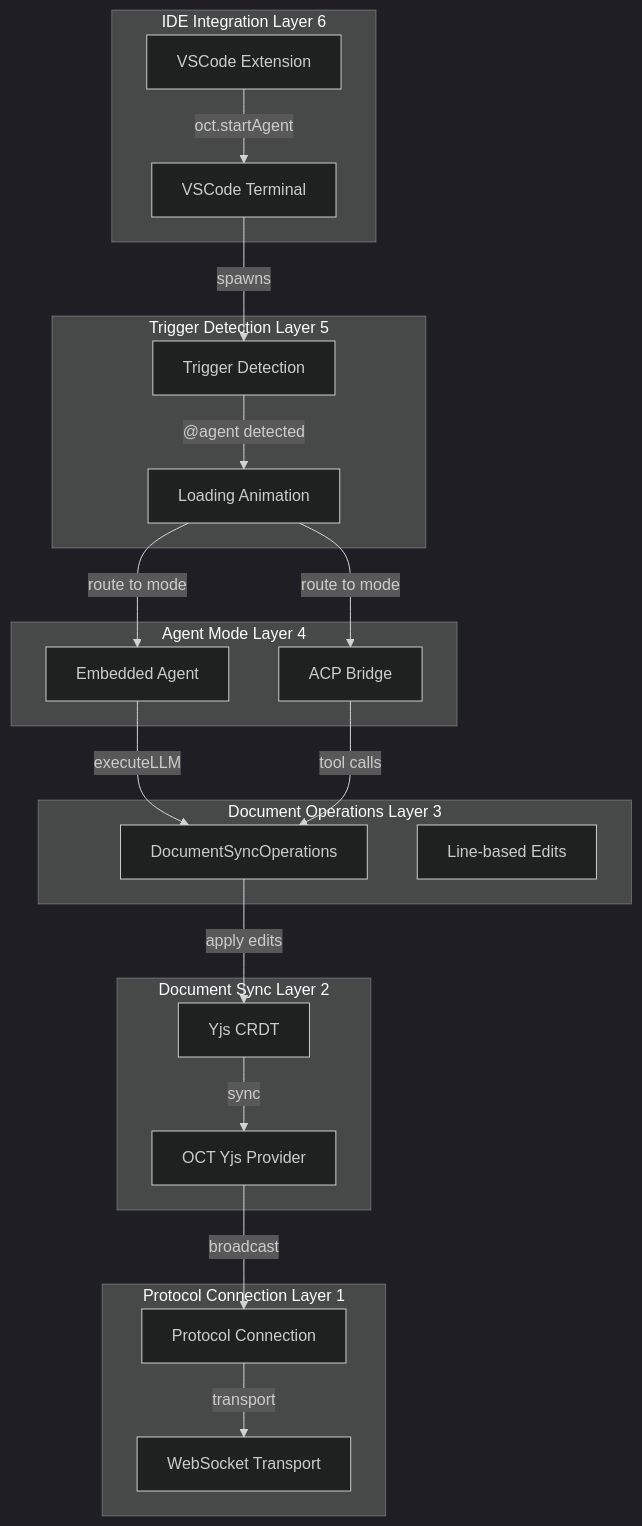
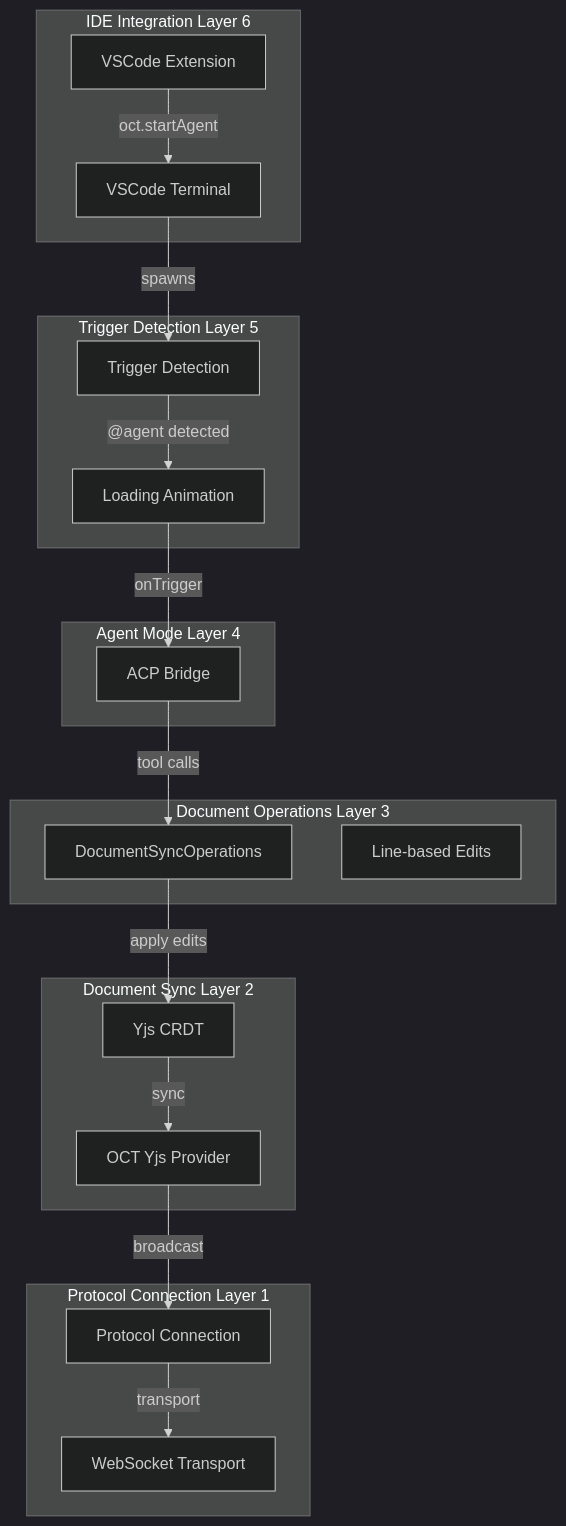
One commit to eclipse-oct/open-collaboration-tools changed the first of 2 diagrams in packages/open-collaboration-agent/ARCHITECTURE.md. Above: the diagram before and after it, drawn with Mermaid (dark theme). The commit also changed other lines of this file and 16 other files, not shown here.

First line of the commit message:
refactor(agent): remove embedded mode, use ACP only

````diff
--- a/packages/open-collaboration-agent/ARCHITECTURE.md
+++ b/packages/open-collaboration-agent/ARCHITECTURE.md
@@ -15,44 +12,41 @@
 ```mermaid
 flowchart TB
     subgraph ide [IDE Integration Layer 6]
         VSCode[VSCode Extension]
         Terminal[VSCode Terminal]
     end
 
     subgraph trigger [Trigger Detection Layer 5]
         TriggerDetect[Trigger Detection]
         Animation[Loading Animation]
     end
 
     subgraph mode [Agent Mode Layer 4]
-        Embedded[Embedded Agent]
         ACP[ACP Bridge]
     end
 
     subgraph ops [Document Operations Layer 3]
         DocOps[DocumentSyncOperations]
         LineEdit[Line-based Edits]
     end
 
     subgraph sync [Document Sync Layer 2]
         Yjs[Yjs CRDT]
         Provider[OCT Yjs Provider]
     end
 
     subgraph protocol [Protocol Connection Layer 1]
         Connection[Protocol Connection]
         WebSocket[WebSocket Transport]
     end
 
     VSCode -->|oct.startAgent| Terminal
     Terminal -->|spawns| TriggerDetect
     TriggerDetect -->|"@agent detected"| Animation
-    Animation -->|route to mode| Embedded
-    Animation -->|route to mode| ACP
-    Embedded -->|executeLLM| DocOps
+    Animation -->|onTrigger| ACP
     ACP -->|tool calls| DocOps
     DocOps -->|apply edits| Yjs
     Yjs -->|sync| Provider
     Provider -->|broadcast| Connection
     Connection -->|transport| WebSocket
 ```
````
